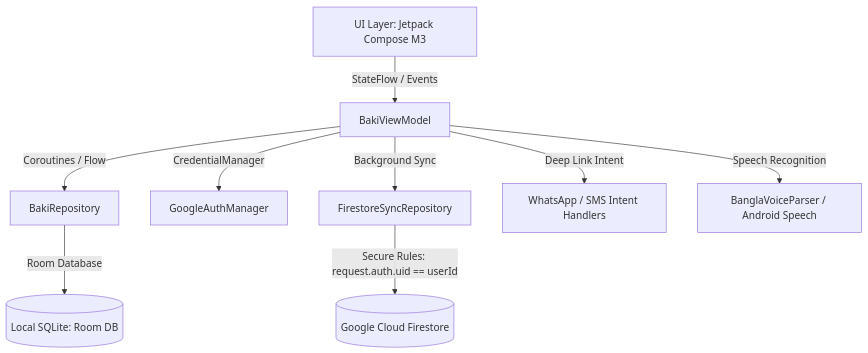
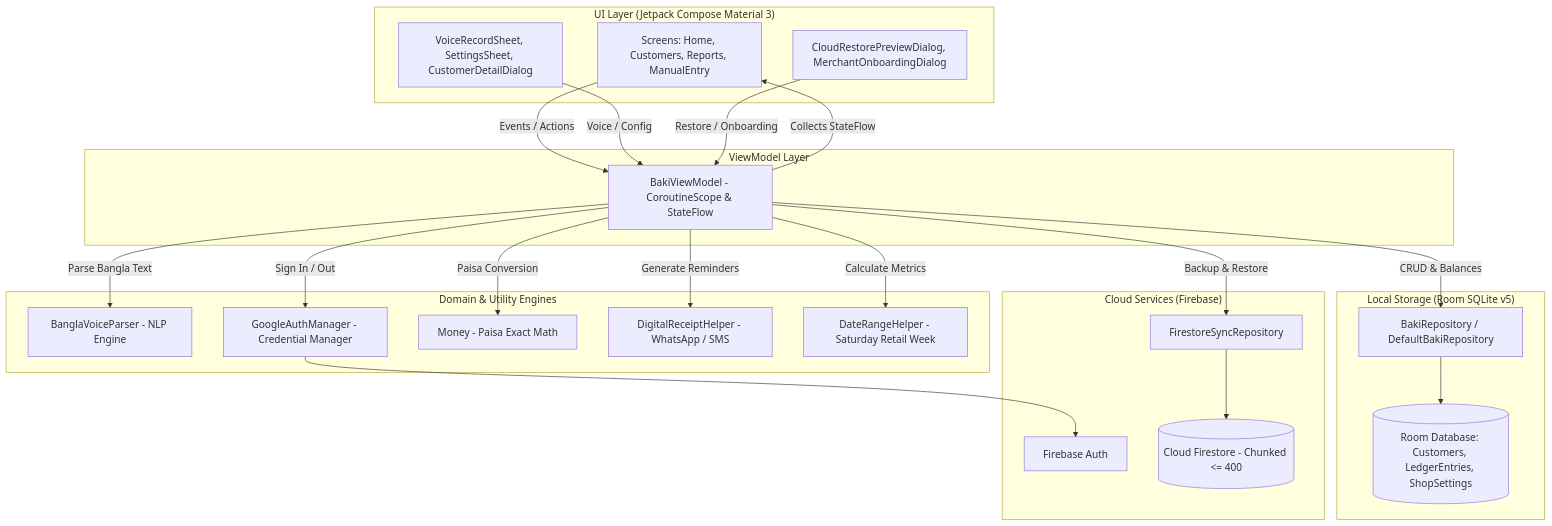
The diagram in README.md (beingmushfiq/Baki-Bondhu), drawn with Mermaid before and after one commit. The commit also changed other lines of this file and 37 other files, not shown here.

Commit message:
feat: initialize BakiBondhu Android application with Jetpack Compose and Room DB

````diff
--- a/README.md
+++ b/README.md
@@ -73,11 +81,48 @@
 ```mermaid
-graph TD
-    A[UI Layer: Jetpack Compose M3] -->|StateFlow / Events| B[BakiViewModel]
-    B -->|Coroutines / Flow| C[BakiRepository]
-    C -->|Room Database| D[(Local SQLite: Room DB)]
-    B -->|CredentialManager| E[GoogleAuthManager]
-    B -->|Background Sync| F[FirestoreSyncRepository]
-    F -->|Secure Rules: request.auth.uid == userId| G[(Google Cloud Firestore)]
-    B -->|Deep Link Intent| H[WhatsApp / SMS Intent Handlers]
-    B -->|Speech Recognition| I[BanglaVoiceParser / Android Speech]
+flowchart TD
+    subgraph UI_Presentation["UI Layer (Jetpack Compose Material 3)"]
+        UI[Screens: Home, Customers, Reports, ManualEntry]
+        Sheets[VoiceRecordSheet, SettingsSheet, CustomerDetailDialog]
+        Modals[CloudRestorePreviewDialog, MerchantOnboardingDialog]
+    end
+
+    subgraph State_Management["ViewModel Layer"]
+        VM[BakiViewModel - CoroutineScope & StateFlow]
+    end
+
+    subgraph Domain_Services["Domain & Utility Engines"]
+        Parser[BanglaVoiceParser - NLP Engine]
+        Auth[GoogleAuthManager - Credential Manager]
+        MoneyEngine[Money - Paisa Exact Math]
+        Receipts[DigitalReceiptHelper - WhatsApp / SMS]
+        Dates[DateRangeHelper - Saturday Retail Week]
+    end
+
+    subgraph Local_Persistence["Local Storage (Room SQLite v5)"]
+        Repo[BakiRepository / DefaultBakiRepository]
+        Room[(Room Database: Customers, LedgerEntries, ShopSettings)]
+    end
+
+    subgraph Cloud_Backend["Cloud Services (Firebase)"]
+        FSRepo[FirestoreSyncRepository]
+        FAuth[Firebase Auth]
+        Firestore[(Cloud Firestore - Chunked <= 400)]
+    end
+
+    UI -->|Events / Actions| VM
+    Sheets -->|Voice / Config| VM
+    Modals -->|Restore / Onboarding| VM
+    VM -->|Collects StateFlow| UI
+
+    VM -->|Parse Bangla Text| Parser
+    VM -->|Sign In / Out| Auth
+    VM -->|Paisa Conversion| MoneyEngine
+    VM -->|Generate Reminders| Receipts
+    VM -->|Calculate Metrics| Dates
+    VM -->|CRUD & Balances| Repo
+
+    Repo --> Room
+    Auth --> FAuth
+    VM -->|Backup & Restore| FSRepo
+    FSRepo --> Firestore
 ```
````
